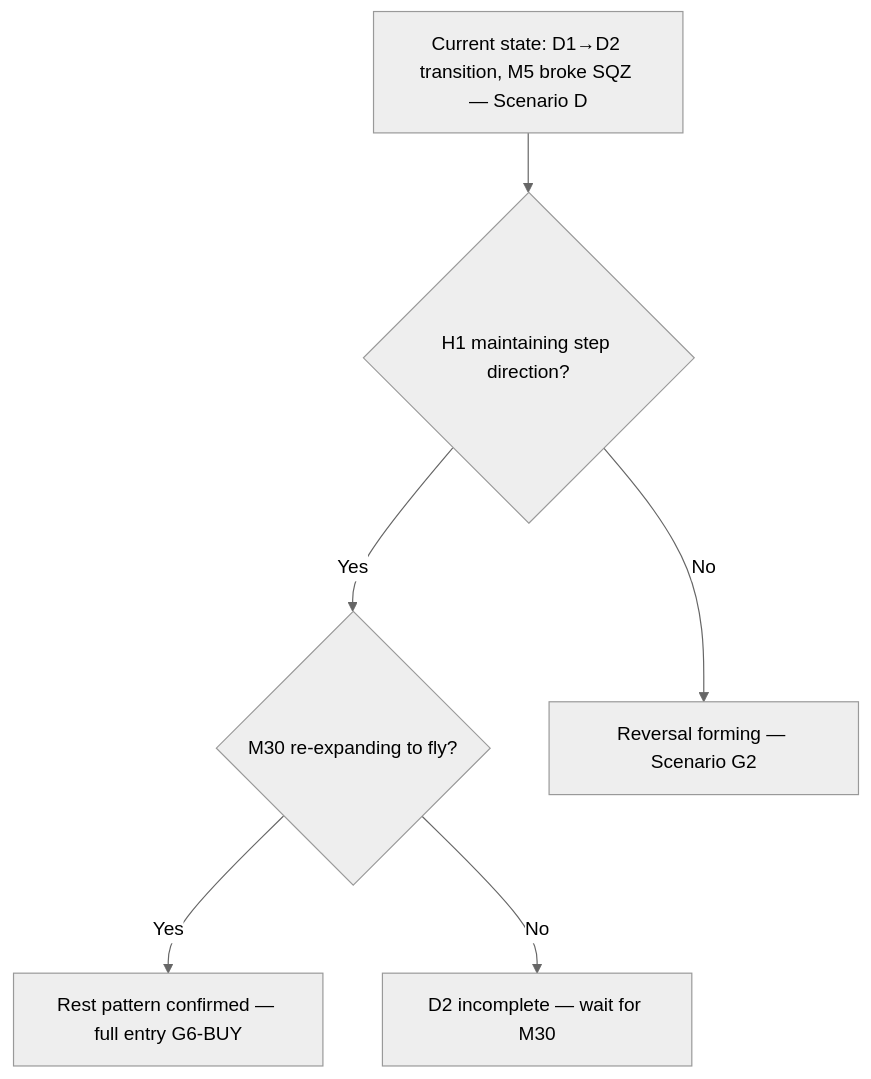
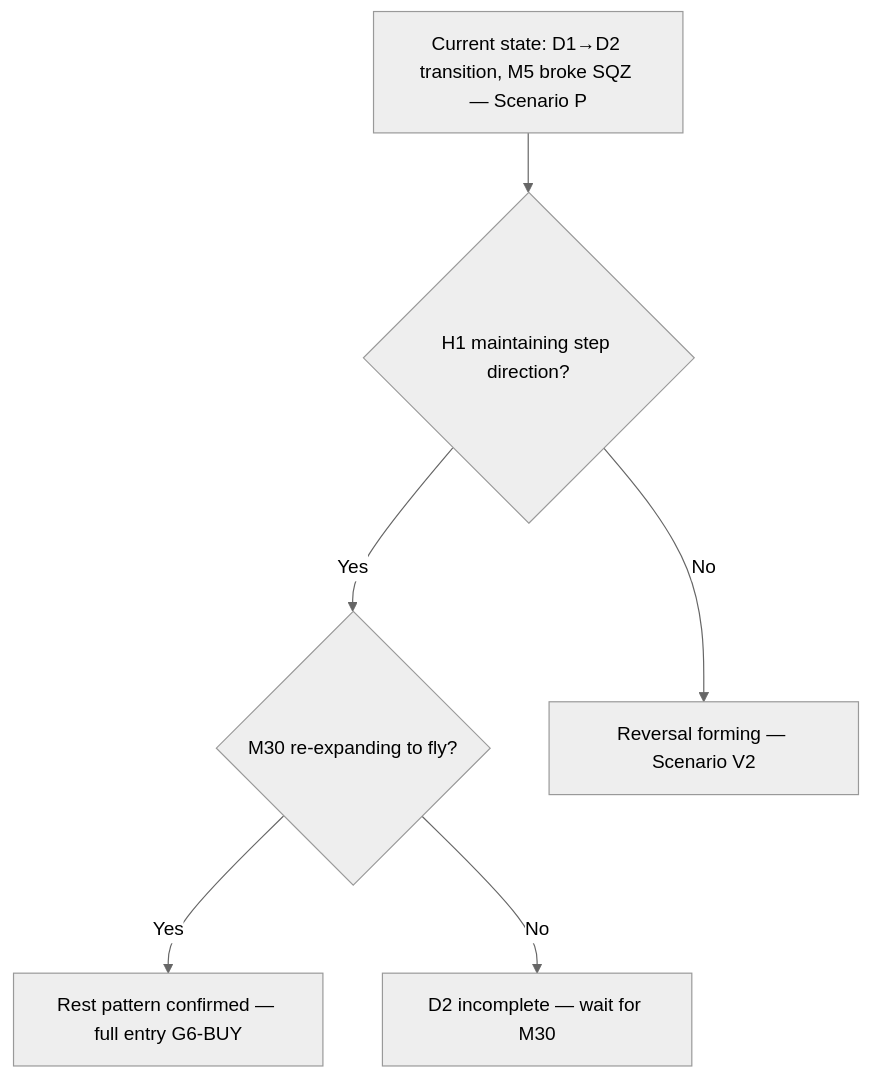
Before and after one commit to Terrypang89/BB_MTF_M15_STRATEGY: the fourth of 12 diagrams in references/IMAGE_ANALYSIS.md, drawn with Mermaid (neutral theme). The commit also changed other lines of this file and 12 other files, not shown here.

````diff
--- a/references/IMAGE_ANALYSIS.md
+++ b/references/IMAGE_ANALYSIS.md
@@ -272,9 +272,9 @@
 ```mermaid
 flowchart TD
-    A["Current state: D1→D2 transition, M5 broke SQZ — Scenario D"]
+    A["Current state: D1→D2 transition, M5 broke SQZ — Scenario P"]
     A --> B{"H1 maintaining step direction?"}
     B -->|Yes| C{"M30 re-expanding to fly?"}
     C -->|Yes| D["Rest pattern confirmed — full entry G6-BUY"]
     C -->|No| E["D2 incomplete — wait for M30"]
-    B -->|No| F["Reversal forming — Scenario G2"]
+    B -->|No| F["Reversal forming — Scenario V2"]
 ```
````
